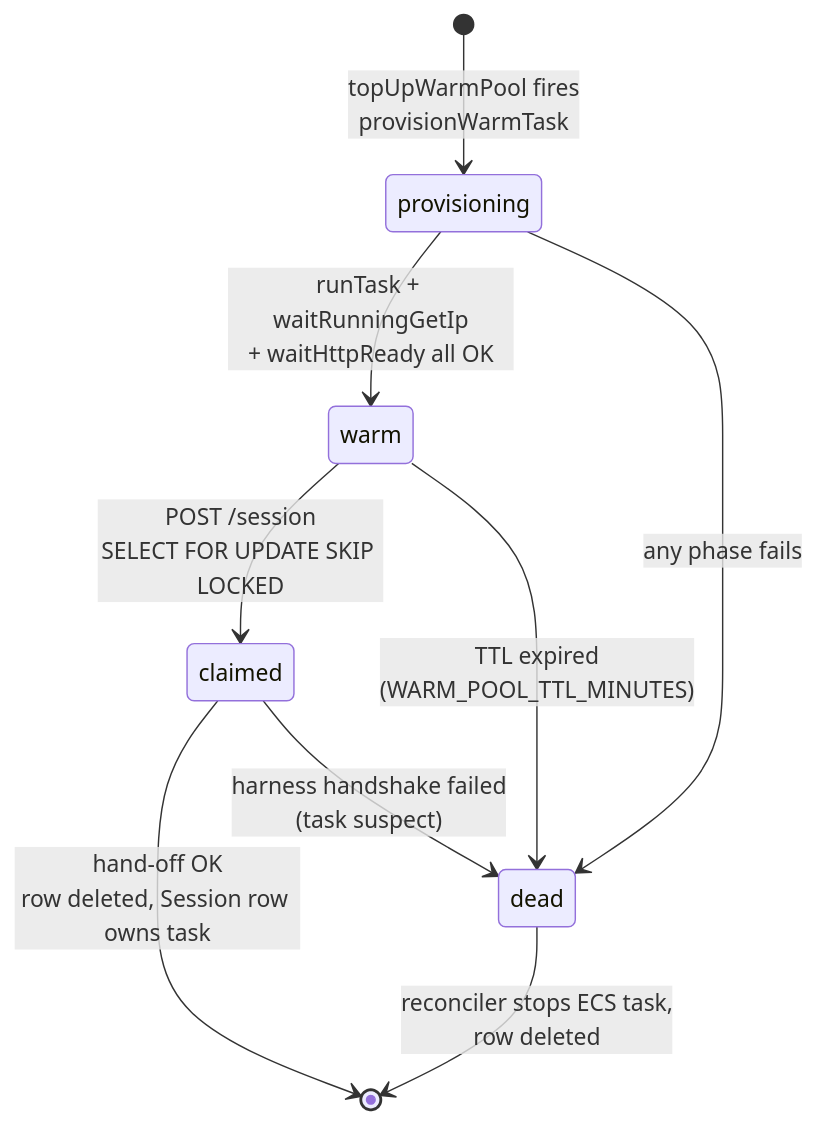
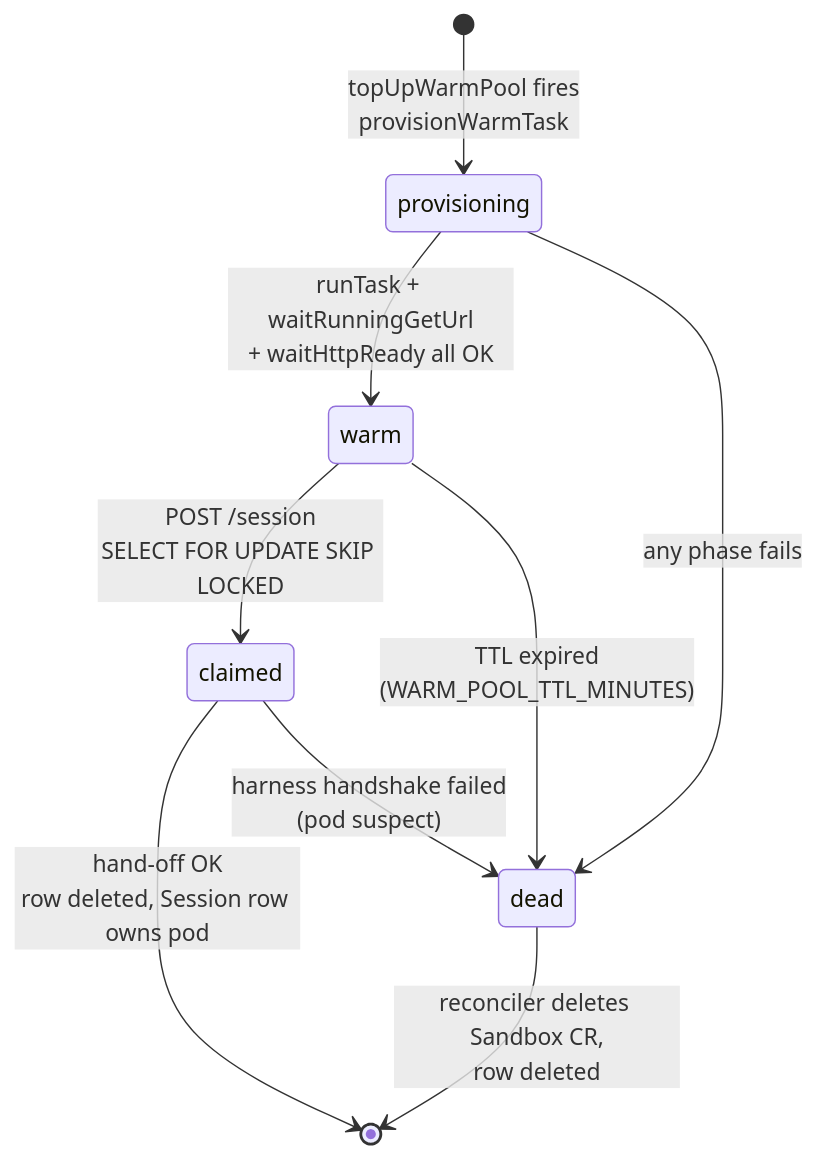
Before and after one commit to BerriAI/litellm-agent-platform: the first of 3 diagrams in src/server/warmPool/README.md, drawn with Mermaid. The commit also changed other lines of this file and 29 other files, not shown here.

````diff
--- a/src/server/warmPool/README.md
+++ b/src/server/warmPool/README.md
@@ -49,14 +51,14 @@
 ```mermaid
 stateDiagram-v2
     [*] --> provisioning: topUpWarmPool fires<br/>provisionWarmTask
-    provisioning --> warm: runTask + waitRunningGetIp<br/>+ waitHttpReady all OK
+    provisioning --> warm: runTask + waitRunningGetUrl<br/>+ waitHttpReady all OK
     provisioning --> dead: any phase fails
 
     warm --> claimed: POST /session<br/>SELECT FOR UPDATE SKIP LOCKED
     warm --> dead: TTL expired<br/>(WARM_POOL_TTL_MINUTES)
 
-    claimed --> [*]: hand-off OK<br/>row deleted, Session row owns task
-    claimed --> dead: harness handshake failed<br/>(task suspect)
+    claimed --> [*]: hand-off OK<br/>row deleted, Session row owns pod
+    claimed --> dead: harness handshake failed<br/>(pod suspect)
 
-    dead --> [*]: reconciler stops ECS task,<br/>row deleted
+    dead --> [*]: reconciler deletes Sandbox CR,<br/>row deleted
 ```
````
